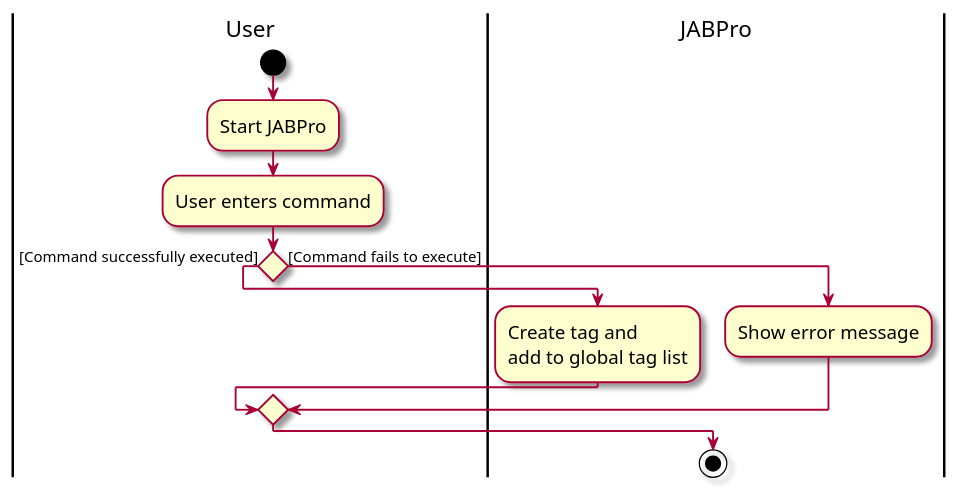
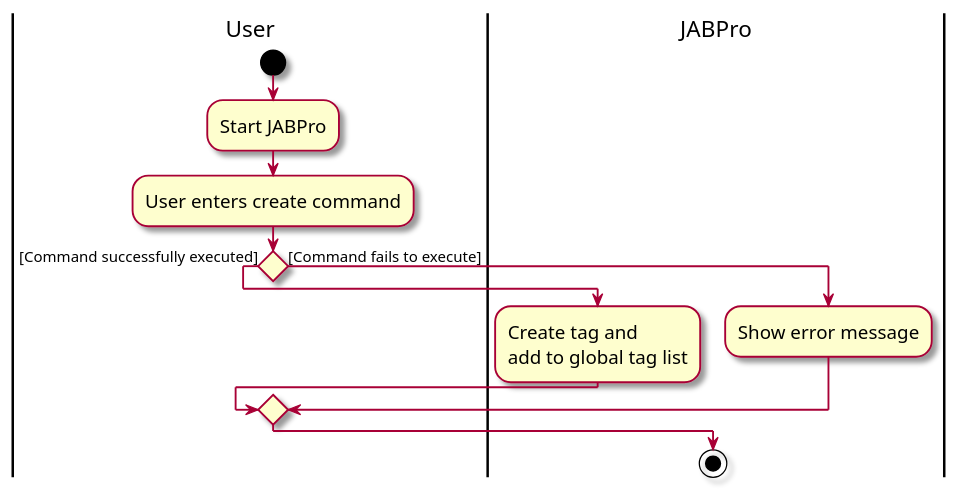
The diagram in docs/diagrams/CreateTagActivityDiagram.puml (nus-cs2103-AY2324S1/tp), drawn with PlantUML before and after one commit. The commit also changed 1 other file, not shown here.

Commit message:
Fix activity diagrams

```diff
--- a/docs/diagrams/CreateTagActivityDiagram.puml
+++ b/docs/diagrams/CreateTagActivityDiagram.puml
@@ -1,19 +1,19 @@
 @startuml
 'https://plantuml.com/activity-diagram-beta
 |User|
 skin rose
 skinparam ActivityFontSize 15
 skinparam ArrowFontSize 12
 start
 :Start JABPro;
-:User enters command;
+:User enters create command;
 
 if () then ([Command successfully executed])
     |JABPro|
     :Create tag and
     add to global tag list;
 else ([Command fails to execute])
     :Show error message;
 endif
 stop
 @enduml
```
